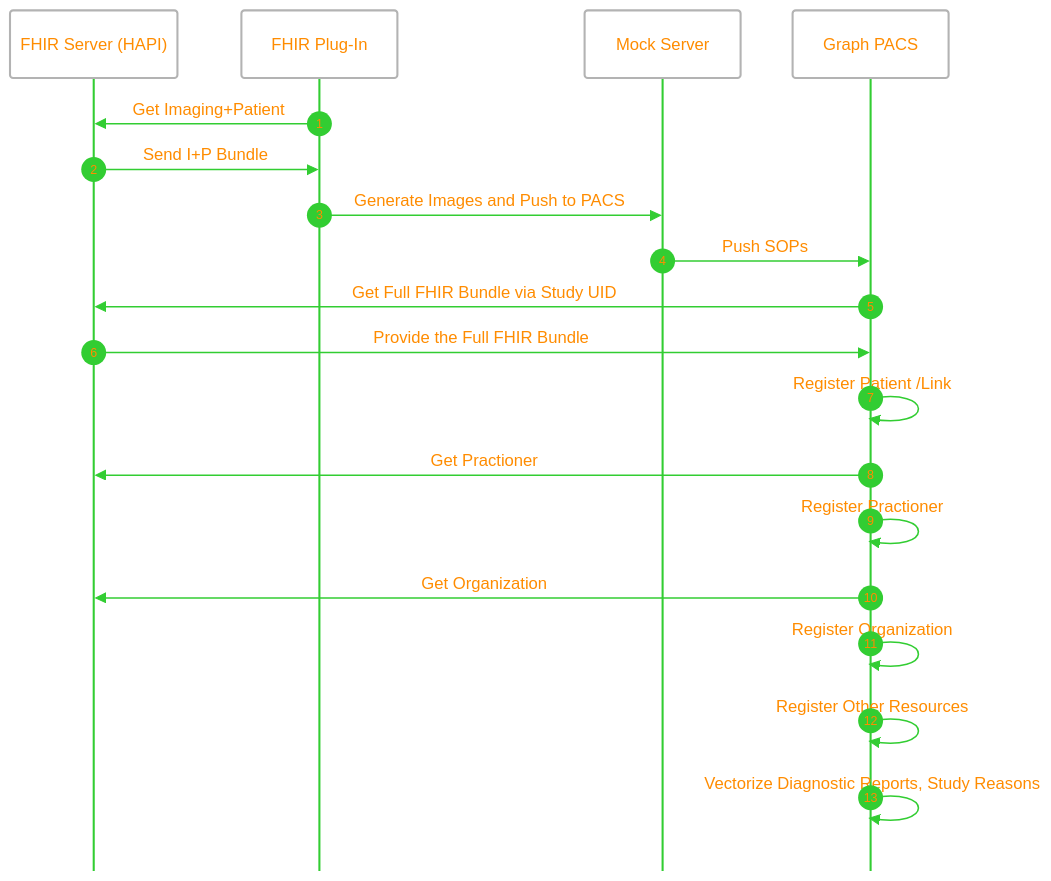
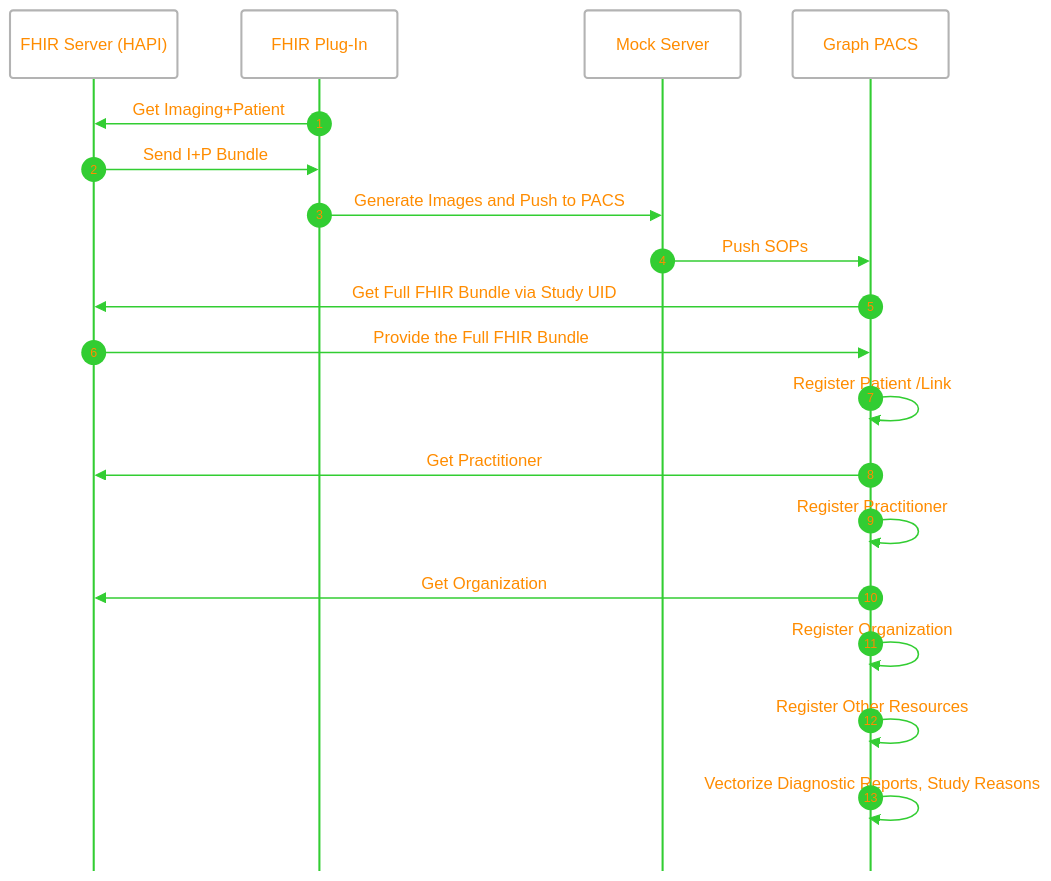
One commit to gosmart-health/gosmart-graphite changed the second of 2 diagrams in README.md. Above: the diagram before and after it, drawn with Mermaid. The commit also changed other lines of this file and 1 other file, not shown here.

````diff
--- a/README.md
+++ b/README.md
@@ -970,37 +970,37 @@
 ```mermaid
 ---
 config:
   theme: neo
   themeVariables:
     signalColor: '#32CD32'
     actorLineColor: '#32CD32'
     textColor: '#FF8C00'
     actorTextColor: '#FF8C00'
     signalTextColor: '#FF8C00'
     labelTextColor: '#FF8C00'
     loopTextColor: '#FF8C00'
     noteTextColor: '#FF8C00'
     sequenceNumberColor: '#FF8C00'
   sequence:
     mirrorActors: false
 ---
 sequenceDiagram
     participant FHIR as FHIR Server (HAPI)
     participant PLUG as FHIR Plug-In
     participant MOCK as Mock Server
     participant PACS as Graph PACS
     autonumber
     PLUG ->> FHIR: Get Imaging+Patient
     FHIR ->> PLUG: Send I+P Bundle
     PLUG ->> MOCK: Generate Images and Push to PACS
     MOCK ->> PACS: Push SOPs
     PACS ->> FHIR: Get Full FHIR Bundle via Study UID
     FHIR ->> PACS: Provide the Full FHIR Bundle
     PACS ->> PACS: Register Patient /Link
-    PACS ->> FHIR: Get Practioner
-    PACS ->> PACS: Register Practioner
+    PACS ->> FHIR: Get Practitioner
+    PACS ->> PACS: Register Practitioner
     PACS ->> FHIR: Get Organization
     PACS ->> PACS: Register Organization
     PACS ->> PACS: Register Other Resources
     PACS ->> PACS: Vectorize Diagnostic Reports, Study Reasons
 ```
````
